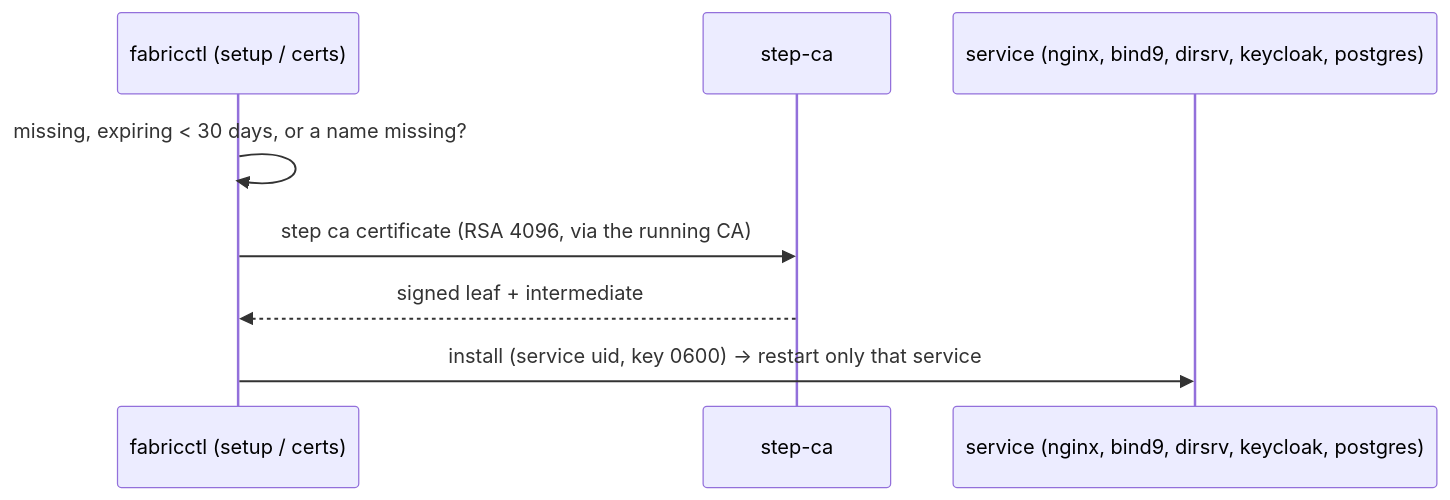
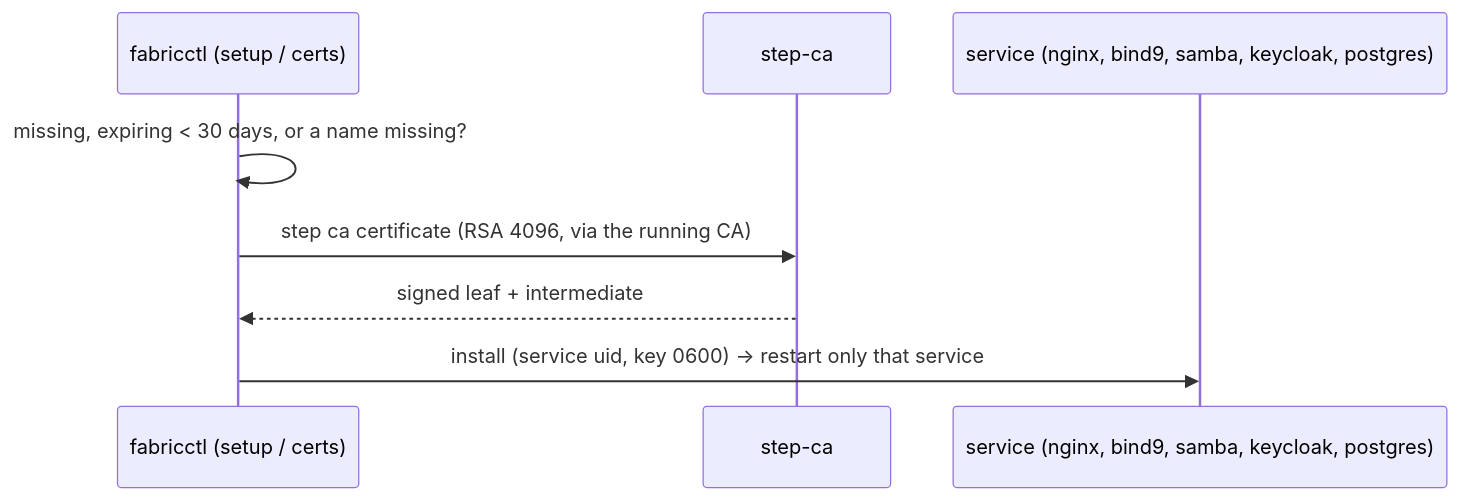
Before and after one commit to archdukejim/open-fabric: the third of 4 diagrams in docs/volume_1_systems_and_services/1.3.1-topology.md, drawn with Mermaid. The commit also changed other lines of this file and 277 other files, not shown here.

````diff
--- a/docs/volume_1_systems_and_services/1.3.1-topology.md
+++ b/docs/volume_1_systems_and_services/1.3.1-topology.md
@@ -72,10 +73,10 @@
 ```mermaid
 sequenceDiagram
     participant F as fabricctl (setup / certs)
     participant S as step-ca
-    participant N as service (nginx, bind9, dirsrv, keycloak, postgres)
+    participant N as service (nginx, bind9, samba, keycloak, postgres)
     F->>F: missing, expiring < 30 days, or a name missing?
     F->>S: step ca certificate (RSA 4096, via the running CA)
     S-->>F: signed leaf + intermediate
     F->>N: install (service uid, key 0600) → restart only that service
 ```
````
